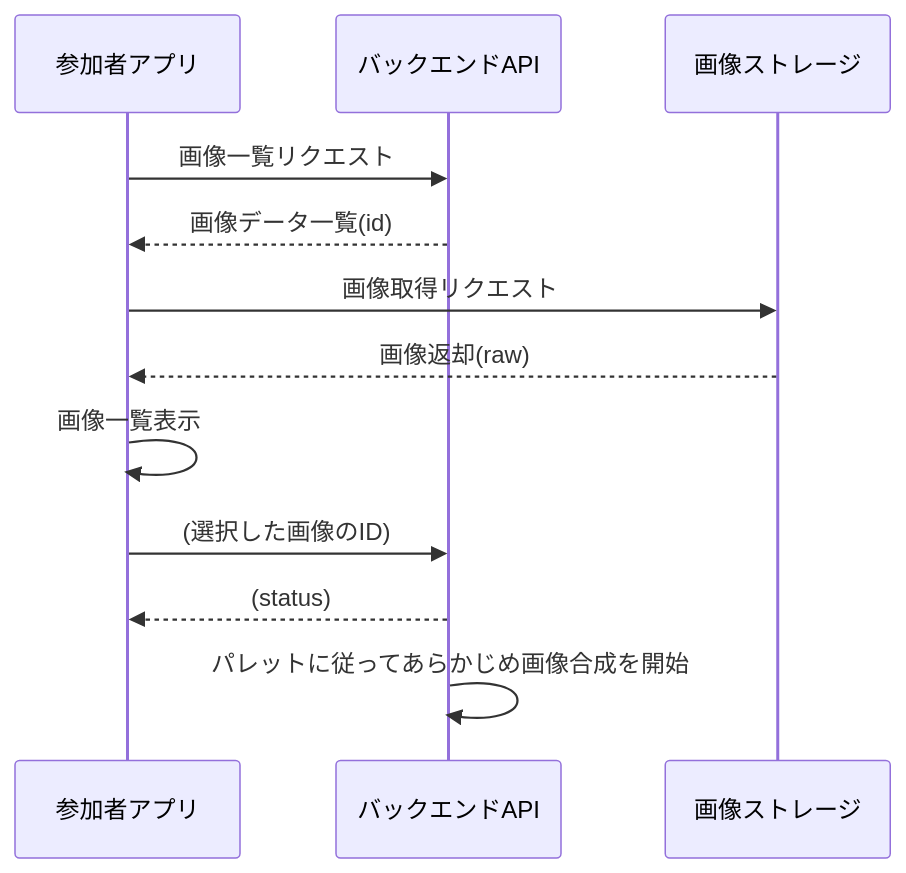
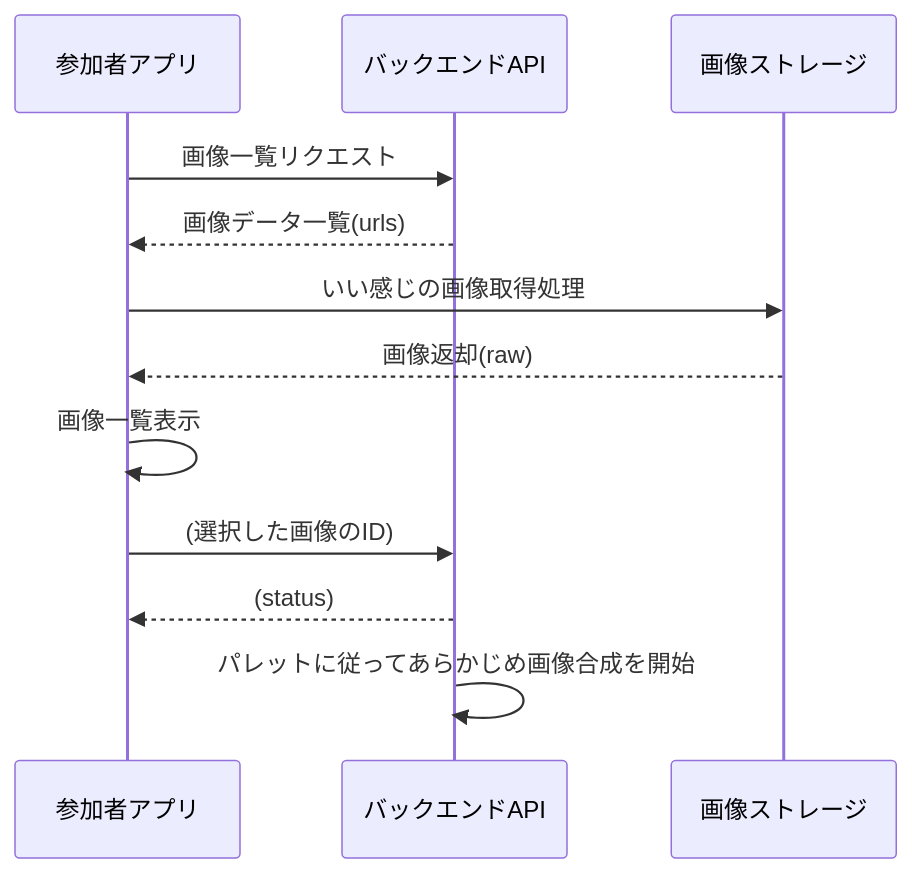
One commit to after-school-garbage-squad/repaint-architecture changed the third of 10 diagrams in docs/sequence/mobile.md. Above: the diagram before and after it, drawn with Mermaid. The commit also changed other lines of this file, not shown here.

````diff
--- a/docs/sequence/mobile.md
+++ b/docs/sequence/mobile.md
@@ -35,15 +35,15 @@
 ```mermaid
 sequenceDiagram
     participant app as 参加者アプリ
     participant back as バックエンドAPI
     participant storage as 画像ストレージ
     app ->> back: 画像一覧リクエスト
-    back -->> app: 画像データ一覧(id)
-    app ->> storage: 画像取得リクエスト
+    back -->> app: 画像データ一覧(urls)
+    app ->> storage: いい感じの画像取得処理
     storage -->> app: 画像返却(raw)
     app ->> app: 画像一覧表示
     app ->> back: (選択した画像のID)
     back -->> app: (status)
     back ->> back: パレットに従ってあらかじめ画像合成を開始
 
 ```
````
